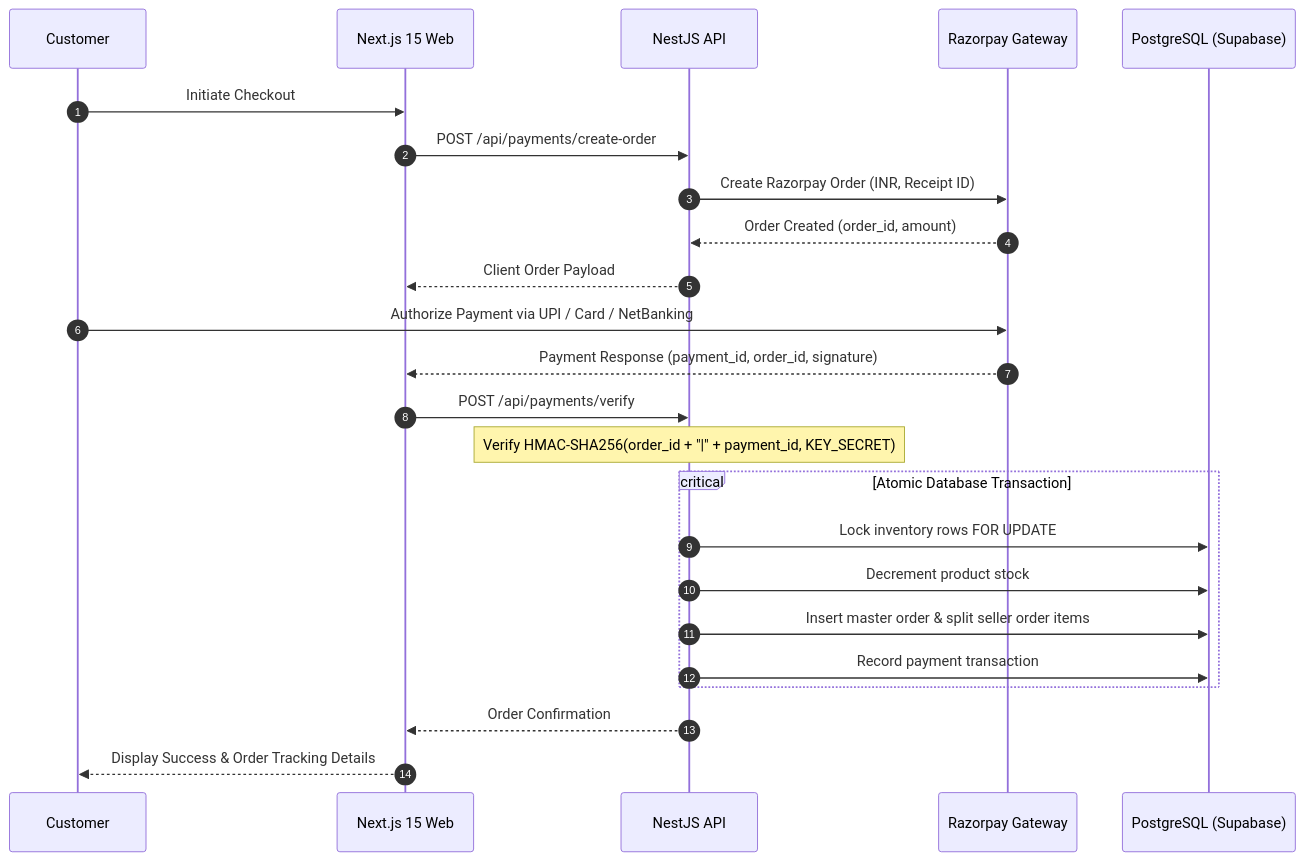
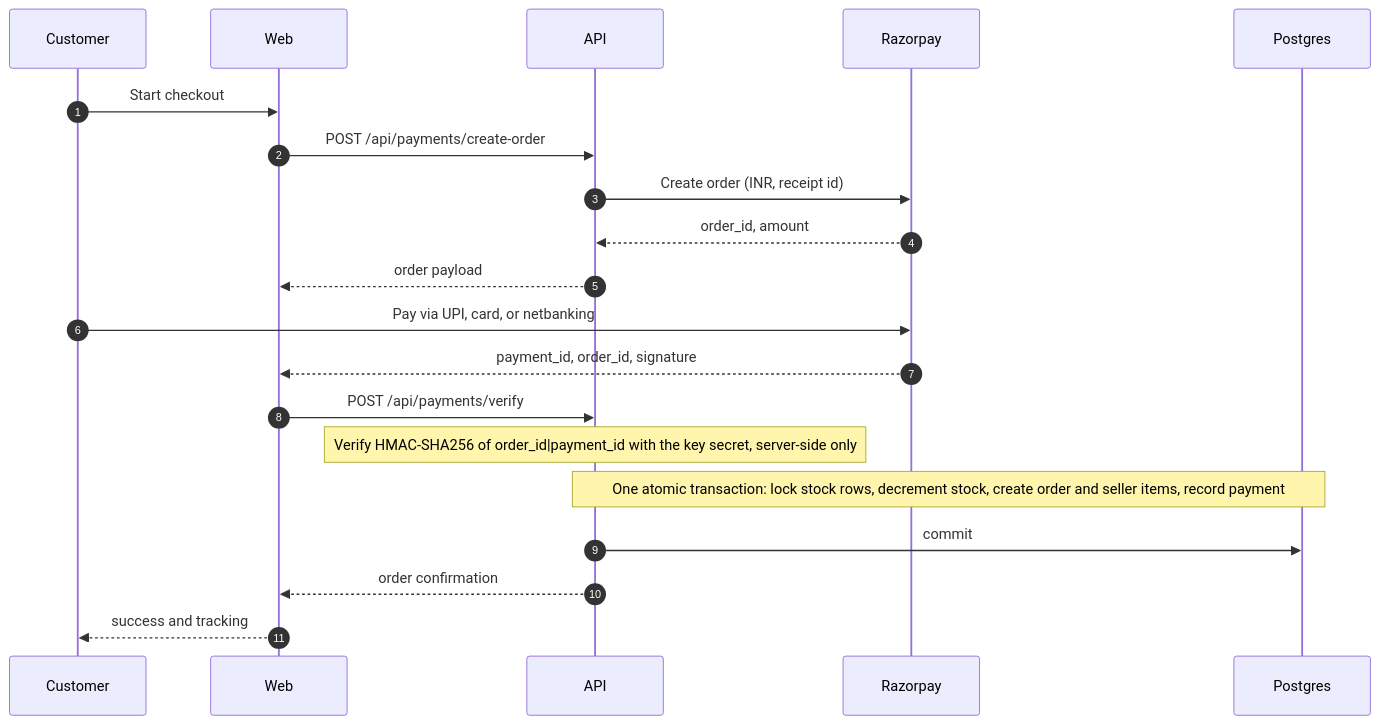
Before and after one commit to jathinreddy-5/Shop-Sell: diagram 14 of 17 in README.md, drawn with Mermaid. The commit also changed other lines of this file, not shown here.

````diff
--- a/README.md
+++ b/README.md
@@ -246,31 +521,22 @@
 ```mermaid
 sequenceDiagram
     autonumber
     participant C as Customer
-    participant W as Next.js 15 Web
-    participant A as NestJS API
-    participant R as Razorpay Gateway
-    participant DB as PostgreSQL (Supabase)
-
-    C->>W: Initiate Checkout
+    participant W as Web
+    participant A as API
+    participant R as Razorpay
+    participant DB as Postgres
+    C->>W: Start checkout
     W->>A: POST /api/payments/create-order
-    A->>R: Create Razorpay Order (INR, Receipt ID)
-    R-->>A: Order Created (order_id, amount)
-    A-->>W: Client Order Payload
-
-    C->>R: Authorize Payment via UPI / Card / NetBanking
-    R-->>W: Payment Response (payment_id, order_id, signature)
-
+    A->>R: Create order (INR, receipt id)
+    R-->>A: order_id, amount
+    A-->>W: order payload
+    C->>R: Pay via UPI, card, or netbanking
+    R-->>W: payment_id, order_id, signature
     W->>A: POST /api/payments/verify
-    Note over A: Verify HMAC-SHA256(order_id + "|" + payment_id, KEY_SECRET)
-    
-    critical Atomic Database Transaction
-        A->>DB: Lock inventory rows FOR UPDATE
-        A->>DB: Decrement product stock
-        A->>DB: Insert master order & split seller order items
-        A->>DB: Record payment transaction
-    end
-
-    A-->>W: Order Confirmation
-    W-->>C: Display Success & Order Tracking Details
+    Note over A: Verify HMAC-SHA256 of order_id|payment_id with the key secret, server-side only
+    Note over A,DB: One atomic transaction: lock stock rows, decrement stock, create order and seller items, record payment
+    A->>DB: commit
+    A-->>W: order confirmation
+    W-->>C: success and tracking
 ```
````
